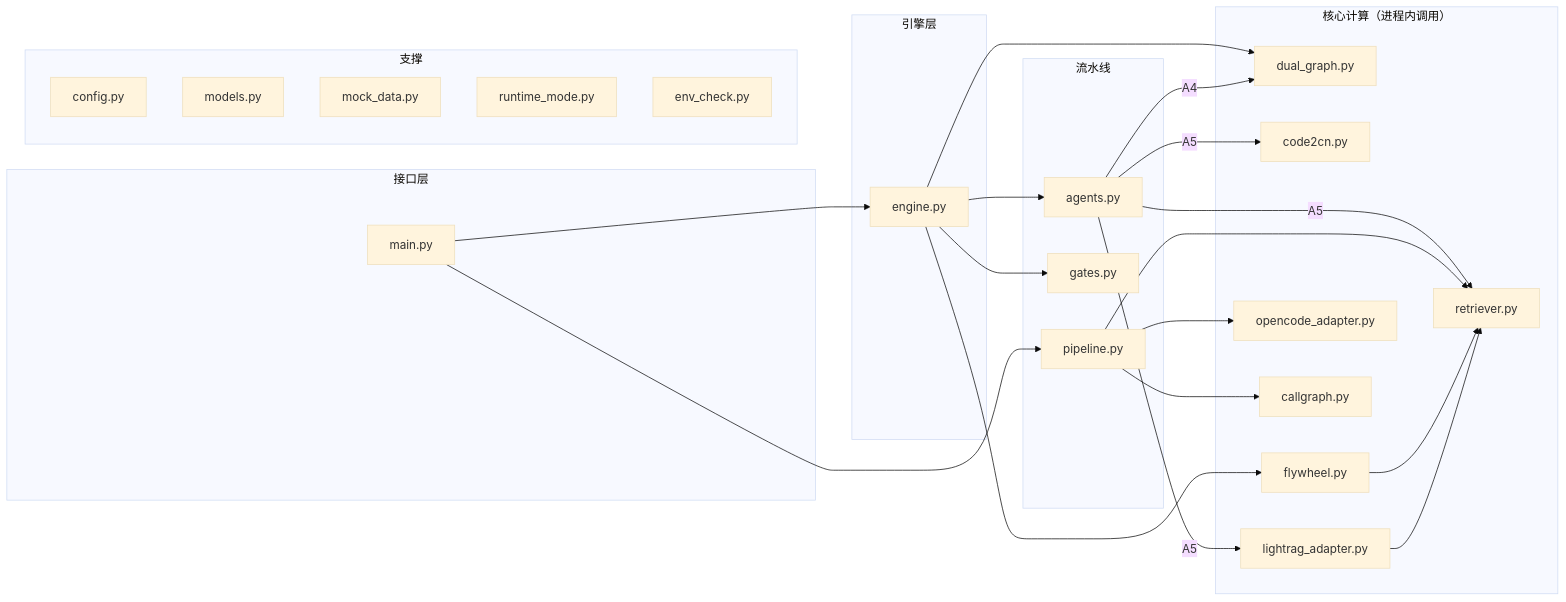
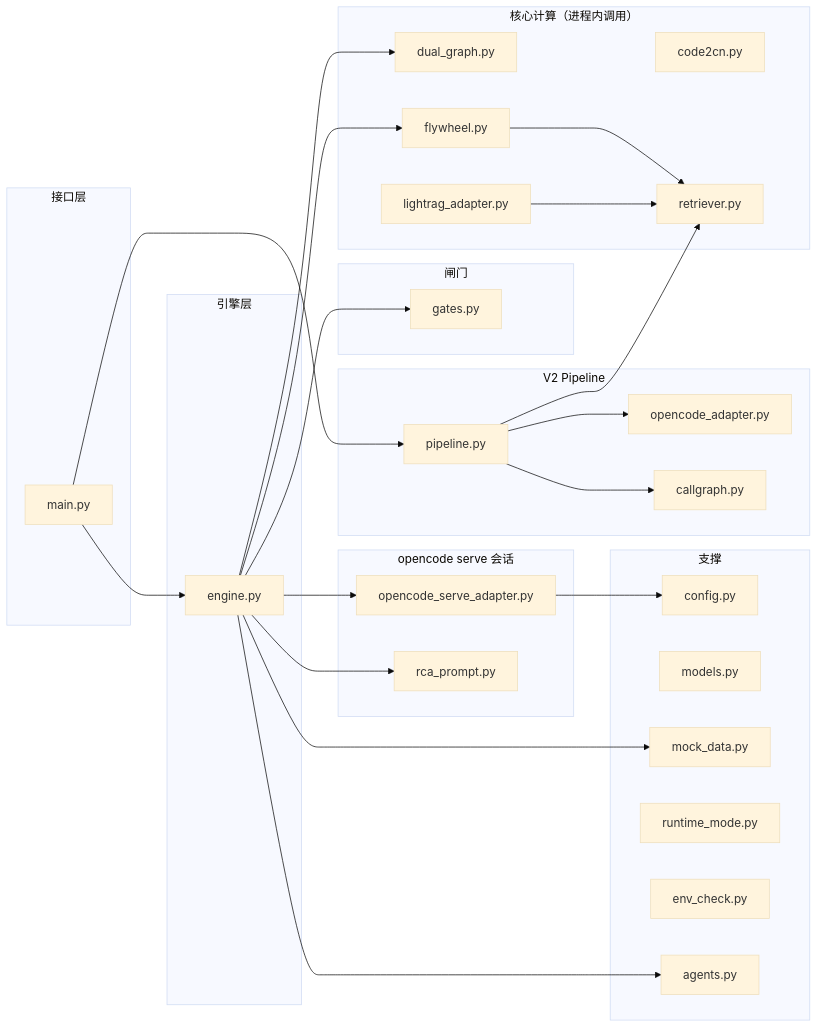
The sixth of 6 diagrams in ARCHITECTURE.md (bigDataZWH/AutoBugFix), drawn with Mermaid (base theme) before and after one commit. The commit also changed other lines of this file and 1 other file, not shown here.

````diff
--- a/ARCHITECTURE.md
+++ b/ARCHITECTURE.md
@@ -336,50 +353,58 @@
 ```mermaid
 flowchart LR
     subgraph BE["接口层"]
         M[main.py]
     end
 
     subgraph ENG["引擎层"]
         E[engine.py]
     end
 
-    subgraph PIPE["流水线"]
-        A[agents.py]
+    subgraph SESSION["opencode serve 会话"]
+        OCS[opencode_serve_adapter.py]
+        RP[rca_prompt.py]
+    end
+
+    subgraph GATE["闸门"]
         G[gates.py]
+    end
+
+    subgraph V2["V2 Pipeline"]
         P[pipeline.py]
+        OC[opencode_adapter.py]
+        CG[callgraph.py]
     end
 
     subgraph CORE["核心计算（进程内调用）"]
         DG[dual_graph.py]
         C2[code2cn.py]
         LR[lightrag_adapter.py]
         RET[retriever.py]
         FW[flywheel.py]
-        OC[opencode_adapter.py]
-        CG[callgraph.py]
     end
 
     subgraph SUPP["支撑"]
         CFG[config.py]
         MOD[models.py]
         MD[mock_data.py]
         RM[runtime_mode.py]
         EV[env_check.py]
+        A[agents.py]
     end
 
     M --> E
     M --> P
-    E --> A
+    E --> OCS
+    E --> RP
     E --> G
     E --> DG
     E --> FW
-    A -->|A4| DG
-    A -->|A5| RET
-    A -->|A5| LR
-    A -->|A5| C2
+    E --> A
+    E --> MD
+    OCS --> CFG
     P --> RET
     P --> OC
     P --> CG
     FW --> RET
     LR --> RET
 ```
````
